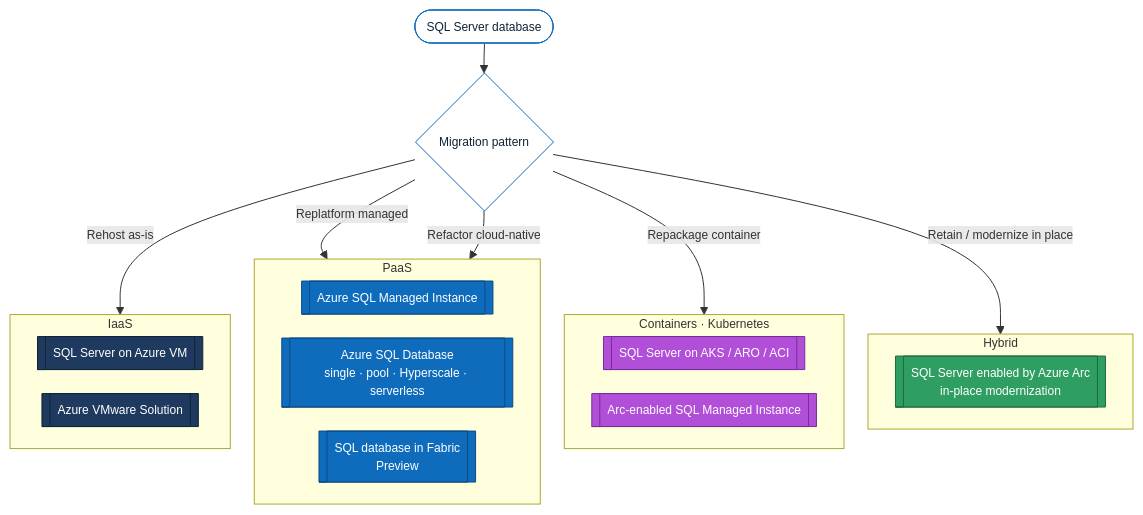
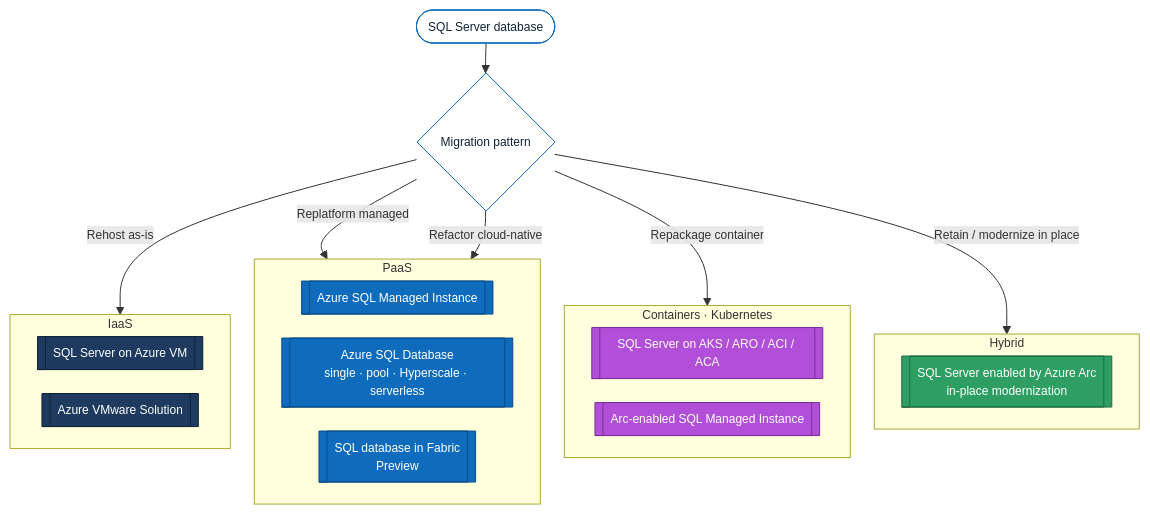
Before and after one commit to fredgis/FY27SQLMotion: the second of 3 diagrams in docs/sql-server-to-azure-migration.md, drawn with Mermaid. The commit also changed other lines of this file, not shown here.

First line of the commit message:
docs: incorporate 4th audit — DMS classic retirement, MI Link SQL 2025, ACA, tooling timeline

````diff
--- a/docs/sql-server-to-azure-migration.md
+++ b/docs/sql-server-to-azure-migration.md
@@ -72,38 +73,38 @@
 ```mermaid
 %%{init: {'flowchart': {'nodeSpacing': 24, 'rankSpacing': 30}, 'themeVariables': {'fontSize': '12px'}}}%%
 flowchart TD
     A([SQL Server database]) --> P{Migration pattern}
     P -->|Rehost as-is| IAAS
     P -->|Replatform managed| PAAS
     P -->|Refactor cloud-native| PAAS
     P -->|Repackage container| CON
     P -->|Retain / modernize in place| HYB
 
     subgraph IAAS["IaaS"]
         VM[[SQL Server on Azure VM]]
         AVS[[Azure VMware Solution]]
     end
     subgraph PAAS["PaaS"]
         MI[[Azure SQL Managed Instance]]
         DB[[Azure SQL Database<br/>single · pool · Hyperscale · serverless]]
         FAB[[SQL database in Fabric<br/>Preview]]
     end
     subgraph CON["Containers · Kubernetes"]
-        K8S[[SQL Server on AKS / ARO / ACI]]
+        K8S[[SQL Server on AKS / ARO / ACI / ACA]]
         ARCMI[[Arc-enabled SQL Managed Instance]]
     end
     subgraph HYB["Hybrid"]
         ARCSRV[[SQL Server enabled by Azure Arc<br/>in-place modernization]]
     end
 
     classDef iaas fill:#1F3A5F,stroke:#0F2438,color:#fff;
     classDef paas fill:#0F6CBD,stroke:#0A4C86,color:#fff;
     classDef con fill:#B14FD8,stroke:#7A2E97,color:#fff;
     classDef hyb fill:#2E9E63,stroke:#1F6B43,color:#fff;
     classDef s fill:#fff,stroke:#0F6CBD,color:#0F2438;
     class A,P s;
     class VM,AVS iaas;
     class MI,DB,FAB paas;
     class K8S,ARCMI con;
     class ARCSRV hyb;
 ```
````
